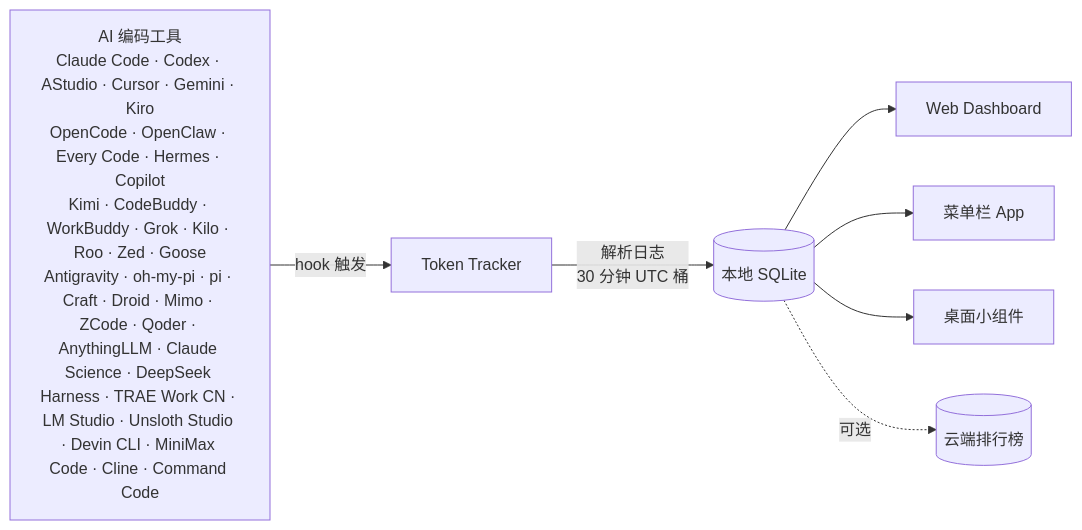
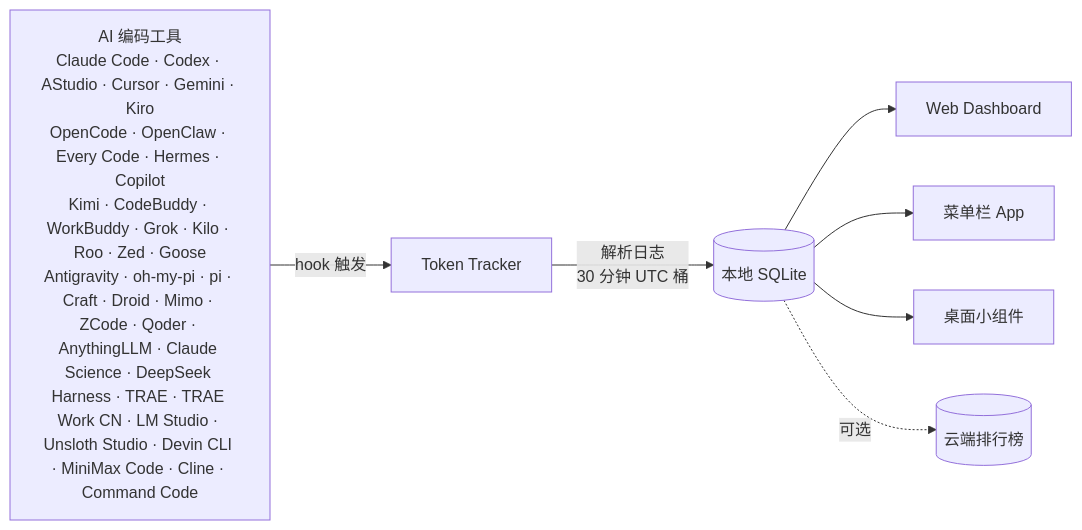
One commit to Aclguh/TokenTracker changed the diagram in README.zh-CN.md. Above: the diagram before and after it, drawn with Mermaid. The commit also changed other lines of this file and 50 other files, not shown here.

````diff
--- a/README.zh-CN.md
+++ b/README.zh-CN.md
@@ -248,10 +249,10 @@
 ```mermaid
 flowchart LR
-    A["AI 编码工具<br/>Claude Code · Codex · AStudio · Cursor · Gemini · Kiro<br/>OpenCode · OpenClaw · Every Code · Hermes · Copilot<br/>Kimi · CodeBuddy · WorkBuddy · Grok · Kilo · Roo · Zed · Goose<br/>Antigravity · oh-my-pi · pi · Craft · Droid · Mimo · ZCode · Qoder · AnythingLLM · Claude Science · DeepSeek Harness · TRAE Work CN · LM Studio · Unsloth Studio · Devin CLI · MiniMax Code · Cline · Command Code"]
+    A["AI 编码工具<br/>Claude Code · Codex · AStudio · Cursor · Gemini · Kiro<br/>OpenCode · OpenClaw · Every Code · Hermes · Copilot<br/>Kimi · CodeBuddy · WorkBuddy · Grok · Kilo · Roo · Zed · Goose<br/>Antigravity · oh-my-pi · pi · Craft · Droid · Mimo · ZCode · Qoder · AnythingLLM · Claude Science · DeepSeek Harness · TRAE · TRAE Work CN · LM Studio · Unsloth Studio · Devin CLI · MiniMax Code · Cline · Command Code"]
     A -->|hook 触发| B[Token Tracker]
     B -->|解析日志<br/>30 分钟 UTC 桶| C[(本地 SQLite)]
     C --> D[Web Dashboard]
     C --> E[菜单栏 App]
     C --> F[桌面小组件]
     C -.->|可选| G[(云端排行榜)]
 ```
````
